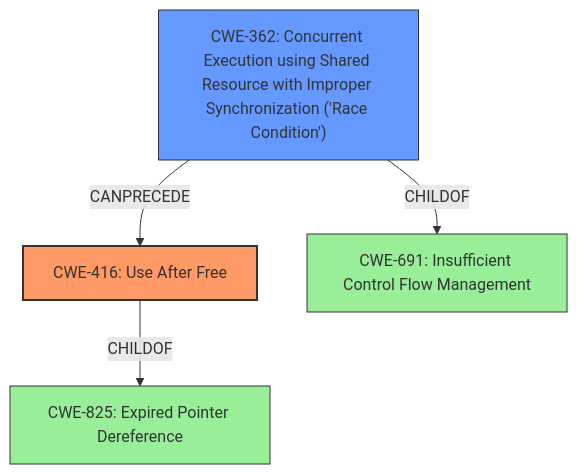
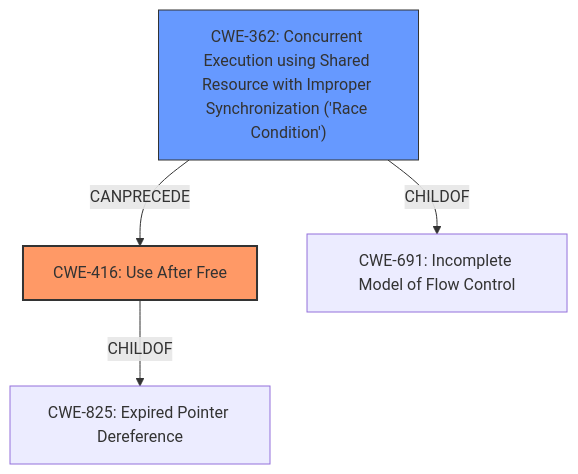
The diagram in CVE-2021-0920/CVE-2021-0920_analysis.md (CyberSecAI/cwe_agent_assign_reports_2023), drawn with Mermaid before and after one commit. The commit also changed other lines of this file and 902 other files, not shown here.

````diff
--- a/CVE-2021-0920/CVE-2021-0920_analysis.md
+++ b/CVE-2021-0920/CVE-2021-0920_analysis.md
@@ -17,18 +17,15 @@
 ```mermaid
 graph TD
     cwe416["CWE-416: Use After Free"]
     cwe362["CWE-362: Concurrent Execution using Shared Resource with Improper Synchronization ('Race Condition')"]
-    cwe691["CWE-691: Insufficient Control Flow Management"]
-    cwe825["CWE-825: Expired Pointer Dereference"]
     
-    cwe416 -->|CHILDOF| cwe825
     cwe362 -->|CANPRECEDE| cwe416
-    cwe362 -->|CHILDOF| cwe691
+    cwe416 -->|CHILDOF| cwe825["CWE-825: Expired Pointer Dereference"]
+    cwe362 -->|CHILDOF| cwe691["CWE-691: Incomplete Model of Flow Control"]
     
     classDef primary fill:#f96,stroke:#333,stroke-width:2px
     classDef secondary fill:#69f,stroke:#333
     classDef tertiary fill:#9e9,stroke:#333
     class cwe416 primary
     class cwe362 secondary
-    class cwe691,cwe825 tertiary
 ```
````
